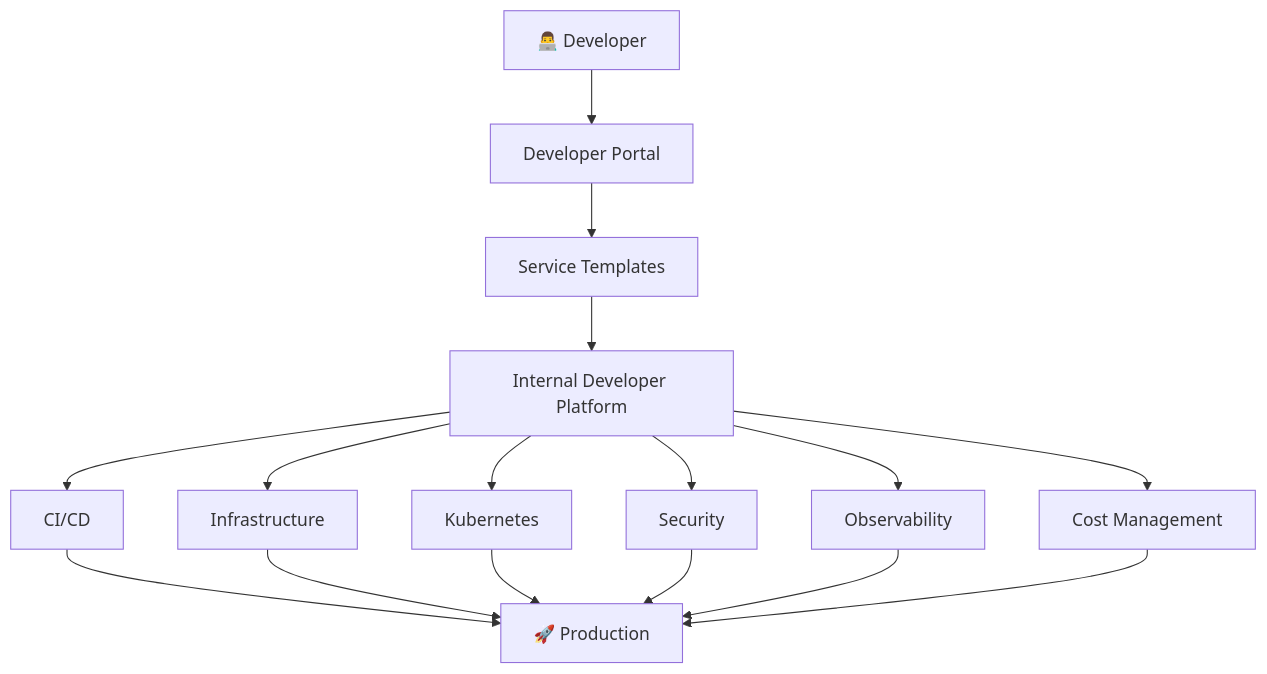
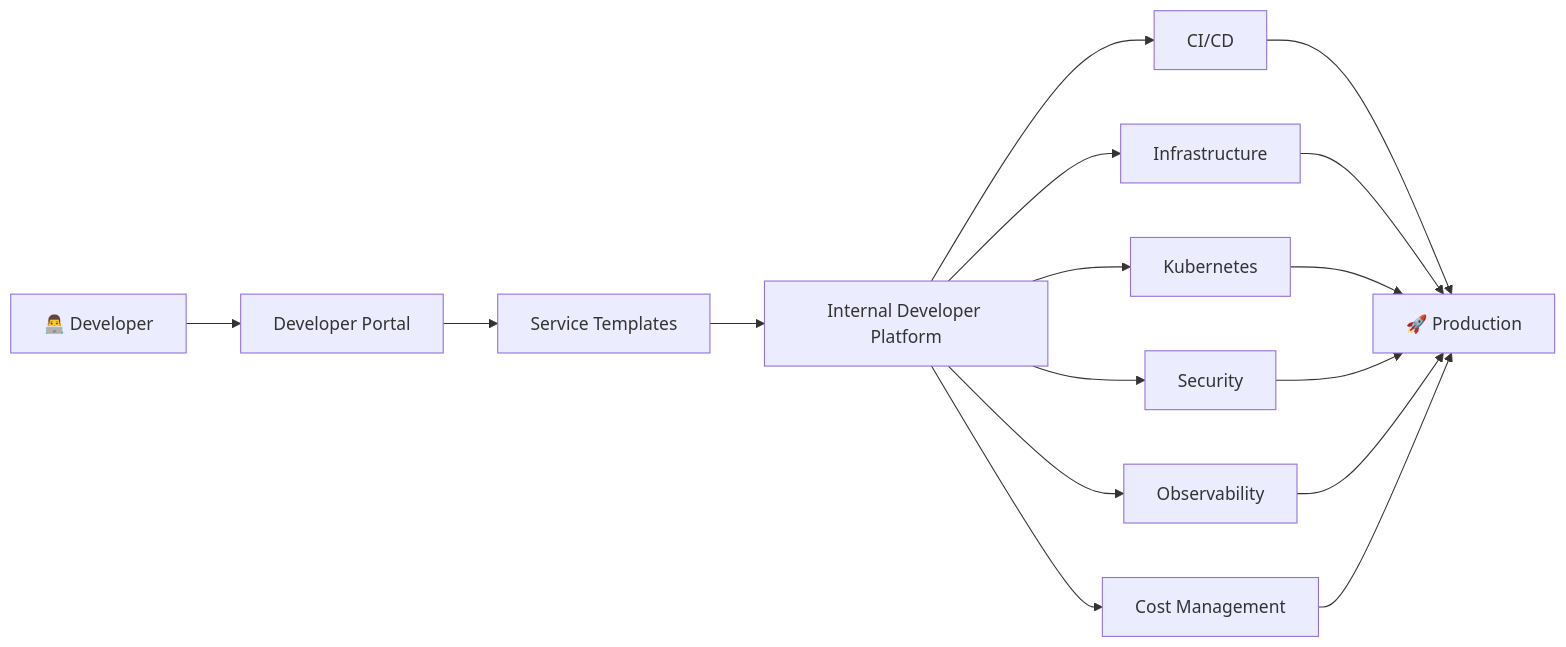
One commit to ramdrazler1/ramdrazler1 changed the sixth of 6 diagrams in README.md. Above: the diagram before and after it, drawn with Mermaid. The commit also changed other lines of this file, not shown here.

````diff
--- a/README.md
+++ b/README.md
@@ -918,20 +738,20 @@
 ```mermaid
-flowchart TD
-    Developer[👨‍💻 Developer] --> Portal[Developer Portal]
-    Portal --> Templates[Service Templates]
-    Templates --> Platform[Internal Developer Platform]
+flowchart LR
+    Developer["👨‍💻 Developer"] --> Portal["Developer Portal"]
+    Portal --> Templates["Service Templates"]
+    Templates --> Platform["Internal Developer Platform"]
 
-    Platform --> CI[CI/CD]
-    Platform --> Infra[Infrastructure]
-    Platform --> K8s[Kubernetes]
-    Platform --> Security[Security]
-    Platform --> Observability[Observability]
-    Platform --> Cost[Cost Management]
+    Platform --> CI["CI/CD"]
+    Platform --> Infra["Infrastructure"]
+    Platform --> K8s["Kubernetes"]
+    Platform --> Security["Security"]
+    Platform --> Observe["Observability"]
+    Platform --> Cost["Cost Management"]
 
-    CI --> Production[🚀 Production]
+    CI --> Production["🚀 Production"]
     Infra --> Production
     K8s --> Production
     Security --> Production
-    Observability --> Production
+    Observe --> Production
     Cost --> Production
 ```
````
